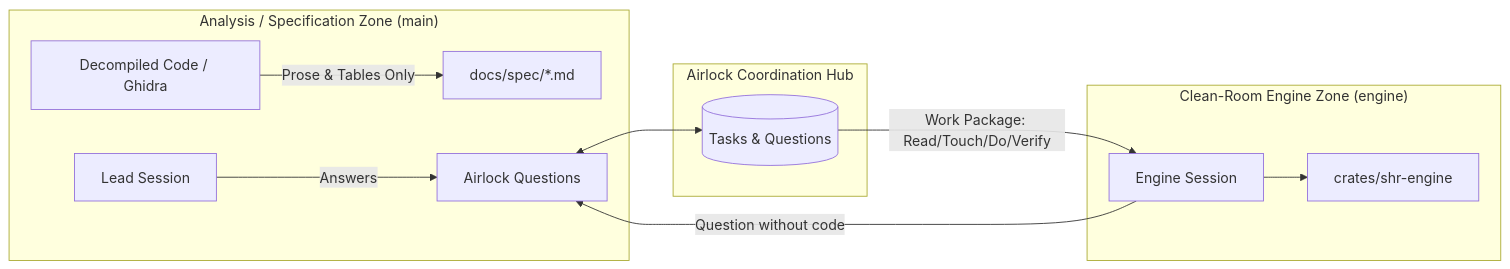
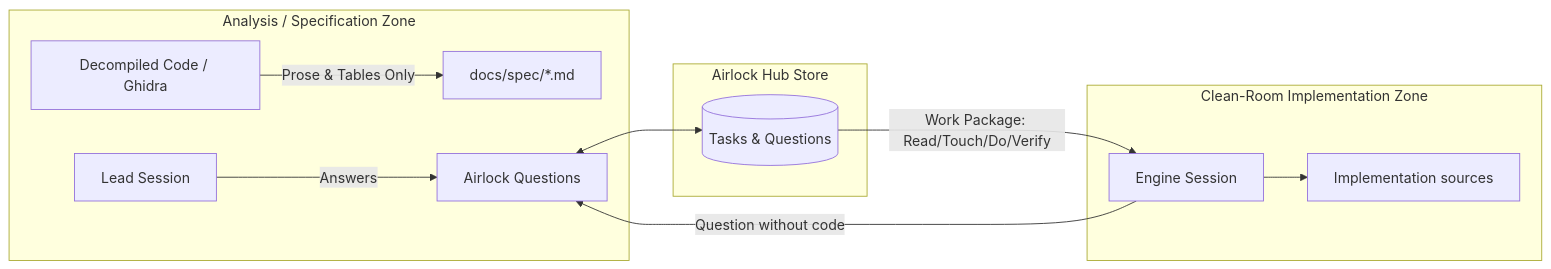
Before and after one commit to Pappet/airlock: the diagram in docs/spec/05_git_sync_and_airlock.md, drawn with Mermaid. The commit also changed other lines of this file and 23 other files, not shown here.

````diff
--- a/docs/spec/05_git_sync_and_airlock.md
+++ b/docs/spec/05_git_sync_and_airlock.md
@@ -9,17 +7,17 @@
 ```mermaid
 flowchart LR
-    subgraph SpecZone ["Analysis / Specification Zone (main)"]
+    subgraph SpecZone ["Analysis / Specification Zone"]
         Decomp[Decompiled Code / Ghidra] -->|Prose & Tables Only| SpecCommit[docs/spec/*.md]
         Lead[Lead Session] -->|Answers| AirlockInbox[Airlock Questions]
     end
 
-    subgraph AirlockHub ["Airlock Coordination Hub"]
+    subgraph AirlockHub ["Airlock Hub Store"]
         AirlockInbox <--> TasksDB[(Tasks & Questions)]
     end
 
-    subgraph CleanRoom ["Clean-Room Engine Zone (engine)"]
+    subgraph CleanRoom ["Clean-Room Implementation Zone"]
         TasksDB -->|Work Package: Read/Touch/Do/Verify| Engine[Engine Session]
         Engine -->|Question without code| AirlockInbox
-        Engine --> CleanCode[crates/shr-engine]
+        Engine --> CleanCode[Implementation sources]
     end
 ```
````
